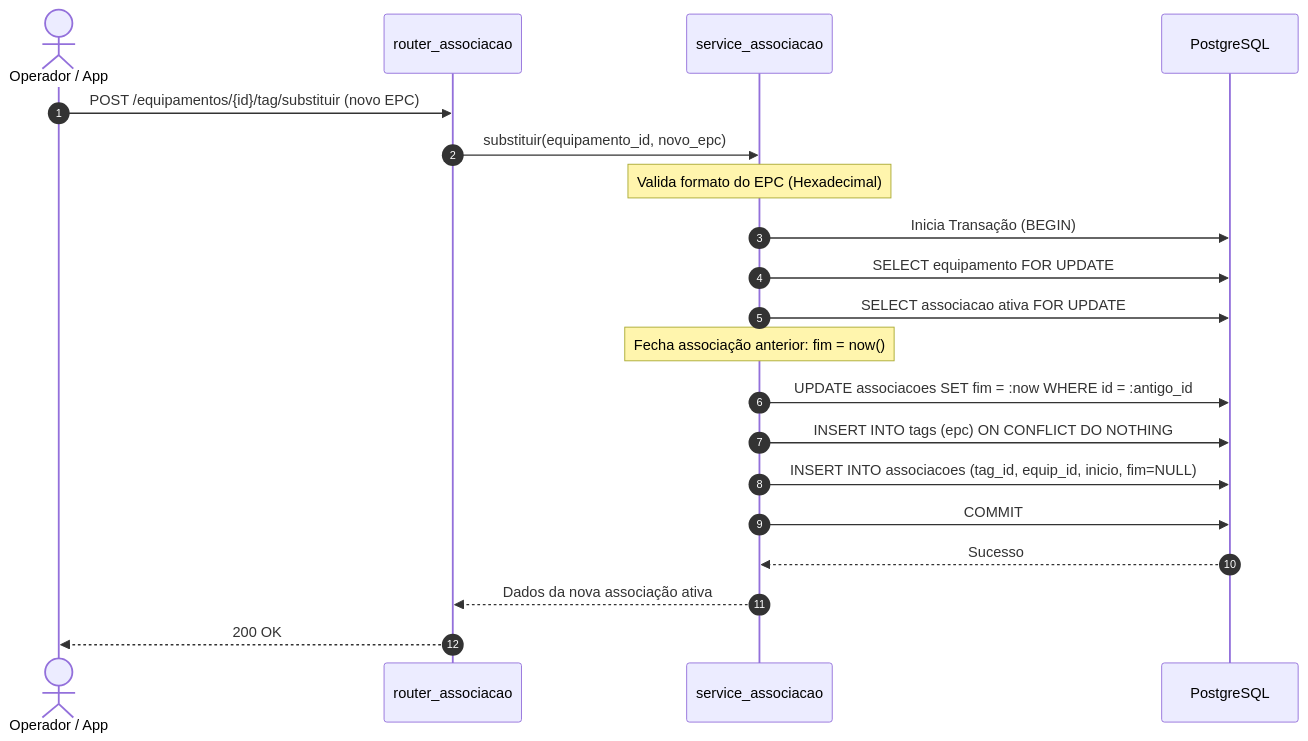
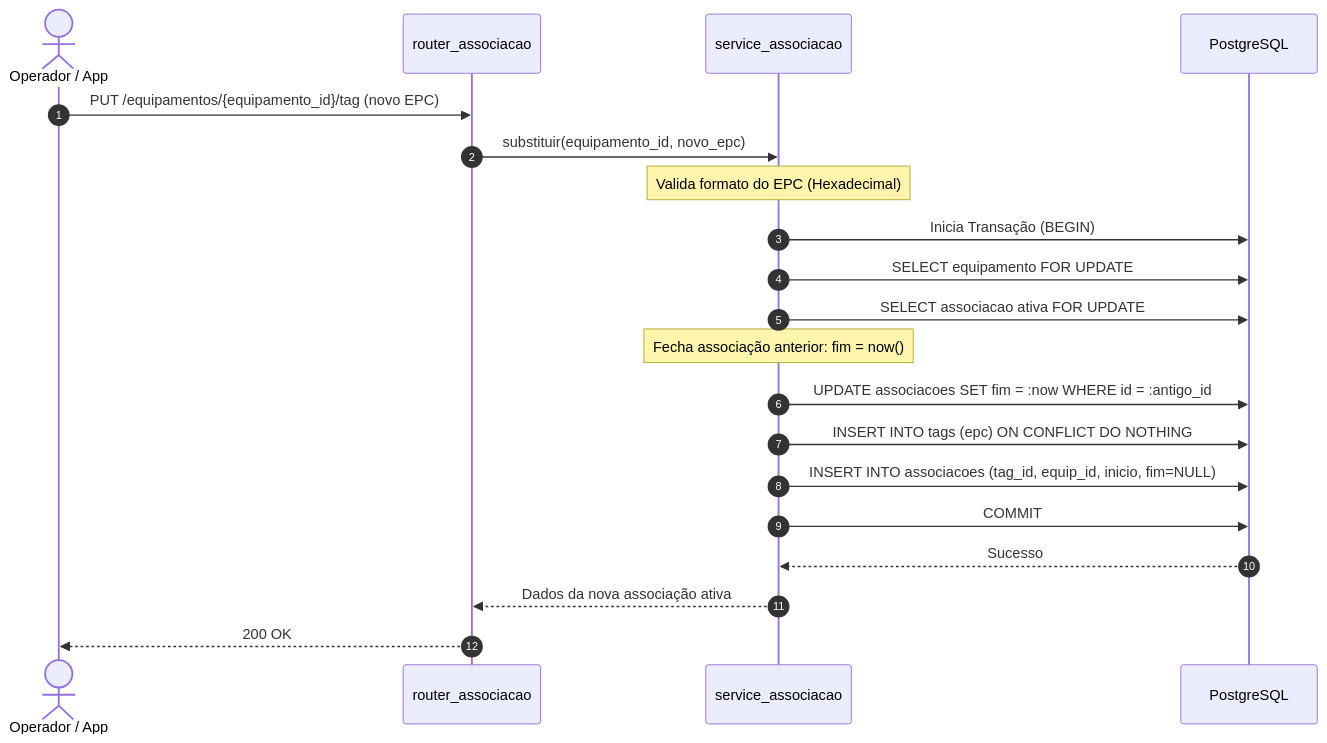
The second of 2 diagrams in docs/implementations/iss-008-009-010-equipamentos-epc.md (OtavioBrandao/rastreamento-rfid-hupaa), drawn with Mermaid before and after one commit. The commit also changed other lines of this file, not shown here.

Commit message:
docs: correct equipment and EPC implementation references

````diff
--- a/docs/implementations/iss-008-009-010-equipamentos-epc.md
+++ b/docs/implementations/iss-008-009-010-equipamentos-epc.md
@@ -91,23 +115,23 @@
 ```mermaid
 sequenceDiagram
     autonumber
     actor Operador as Operador / App
     participant Router as router_associacao
     participant Service as service_associacao
     participant DB as PostgreSQL
 
-    Operador->>Router: POST /equipamentos/{id}/tag/substituir (novo EPC)
+    Operador->>Router: PUT /equipamentos/{equipamento_id}/tag (novo EPC)
     Router->>Service: substituir(equipamento_id, novo_epc)
     Note over Service: Valida formato do EPC (Hexadecimal)
     Service->>DB: Inicia Transação (BEGIN)
     Service->>DB: SELECT equipamento FOR UPDATE
     Service->>DB: SELECT associacao ativa FOR UPDATE
     Note over Service: Fecha associação anterior: fim = now()
     Service->>DB: UPDATE associacoes SET fim = :now WHERE id = :antigo_id
     Service->>DB: INSERT INTO tags (epc) ON CONFLICT DO NOTHING
     Service->>DB: INSERT INTO associacoes (tag_id, equip_id, inicio, fim=NULL)
     Service->>DB: COMMIT
     DB-->>Service: Sucesso
     Service-->>Router: Dados da nova associação ativa
     Router-->>Operador: 200 OK
 ```
````
